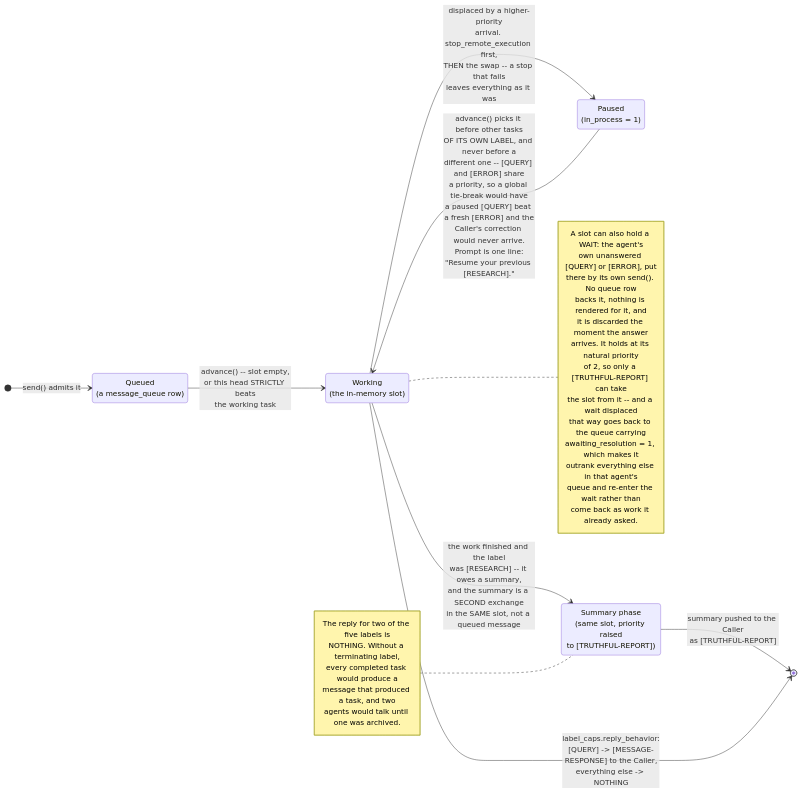
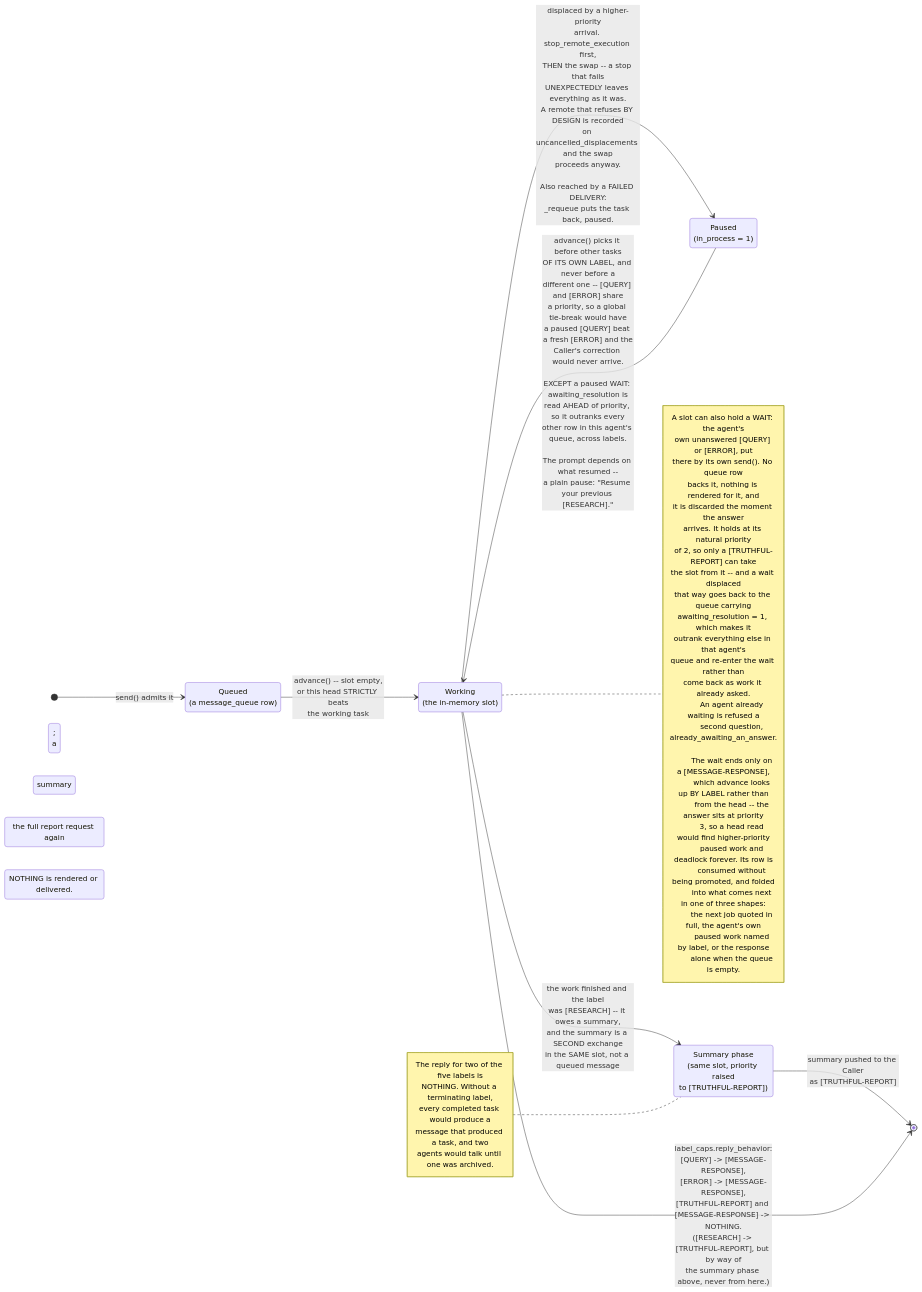
One commit to CSScientist123/agent-messaging-mcp-server changed the diagram in visualizations/05-working-slot.mmd. Above: the diagram before and after it, drawn with Mermaid. The commit also changed 26 other files, not shown here.

First line of the commit message:
docs: sync all ten diagrams to the code, and make the drift mechanical

```diff
--- a/visualizations/05-working-slot.mmd
+++ b/visualizations/05-working-slot.mmd
@@ -1,49 +1,63 @@
 %% 05-working-slot.mmd
 %% What replaced the five-state machine: a task is queued, or it holds the working
 %% slot, or it is neither. There is no third place for it to be, and so no state
 %% column that can disagree with where the task actually is.
 stateDiagram-v2
     direction LR
 
     state "Queued<br/>(a message_queue row)" as Queued
     state "Paused<br/>(in_process = 1)" as Paused
     state "Working<br/>(the in-memory slot)" as Working
     state "Summary phase<br/>(same slot, priority raised<br/>to [TRUTHFUL-REPORT])" as Summary
 
     [*] --> Queued : send() admits it
 
     Queued --> Working : advance() -- slot empty,<br/>or this head STRICTLY beats<br/>the working task
 
-    Working --> Paused : displaced by a higher-priority<br/>arrival. stop_remote_execution first,<br/>THEN the swap -- a stop that fails<br/>leaves everything as it was
+    Working --> Paused : displaced by a higher-priority<br/>arrival. stop_remote_execution first,<br/>THEN the swap -- a stop that fails<br/>UNEXPECTEDLY leaves everything as it was.<br/>A remote that refuses BY DESIGN is recorded<br/>on uncancelled_displacements and the swap<br/>proceeds anyway.<br/><br/>Also reached by a FAILED DELIVERY:<br/>_requeue puts the task back, paused.
 
-    Paused --> Working : advance() picks it before other tasks<br/>OF ITS OWN LABEL, and never before a<br/>different one -- [QUERY] and [ERROR] share<br/>a priority, so a global tie-break would have<br/>a paused [QUERY] beat a fresh [ERROR] and the<br/>Caller\'s correction would never arrive.<br/>Prompt is one line:<br/>"Resume your previous [RESEARCH]."
+    Paused --> Working : advance() picks it before other tasks<br/>OF ITS OWN LABEL, and never before a<br/>different one -- [QUERY] and [ERROR] share<br/>a priority, so a global tie-break would have<br/>a paused [QUERY] beat a fresh [ERROR] and the<br/>Caller\'s correction would never arrive.<br/><br/>EXCEPT a paused WAIT: awaiting_resolution is<br/>read AHEAD of priority, so it outranks every<br/>other row in this agent\'s queue, across labels.<br/><br/>The prompt depends on what resumed --<br/>a plain pause: "Resume your previous [RESEARCH].";<br/>a summary phase: the full report request again;<br/>a wait: NOTHING is rendered or delivered.
 
     Working --> Summary : the work finished and the label<br/>was [RESEARCH] -- it owes a summary,<br/>and the summary is a SECOND exchange<br/>in the SAME slot, not a queued message
 
     Summary --> [*] : summary pushed to the Caller<br/>as [TRUTHFUL-REPORT]
 
-    Working --> [*] : label_caps.reply_behavior:<br/>[QUERY] -> [MESSAGE-RESPONSE] to the Caller,<br/>everything else -> NOTHING
+    Working --> [*] : label_caps.reply_behavior:<br/>[QUERY] -> [MESSAGE-RESPONSE],<br/>[ERROR] -> [MESSAGE-RESPONSE],<br/>[TRUTHFUL-REPORT] and [MESSAGE-RESPONSE] -> NOTHING.<br/>([RESEARCH] -> [TRUTHFUL-REPORT], but by way of<br/>the summary phase above, never from here.)
 
     note right of Working
         A slot can also hold a WAIT: the agent's
         own unanswered [QUERY] or [ERROR], put
         there by its own send(). No queue row
         backs it, nothing is rendered for it, and
         it is discarded the moment the answer
         arrives. It holds at its natural priority
         of 2, so only a [TRUTHFUL-REPORT] can take
         the slot from it -- and a wait displaced
         that way goes back to the queue carrying
         awaiting_resolution = 1, which makes it
         outrank everything else in that agent's
         queue and re-enter the wait rather than
         come back as work it already asked.
+
+        An agent already waiting is refused a
+        second question, already_awaiting_an_answer.
+
+        The wait ends only on a [MESSAGE-RESPONSE],
+        which advance looks up BY LABEL rather than
+        from the head -- the answer sits at priority
+        3, so a head read would find higher-priority
+        paused work and deadlock forever. Its row is
+        consumed without being promoted, and folded
+        into what comes next in one of three shapes:
+        the next job quoted in full, the agent's own
+        paused work named by label, or the response
+        alone when the queue is empty.
     end note
 
     note left of Summary
         The reply for two of the five labels is
         NOTHING. Without a terminating label,
         every completed task would produce a
         message that produced a task, and two
         agents would talk until one was archived.
     end note
```
